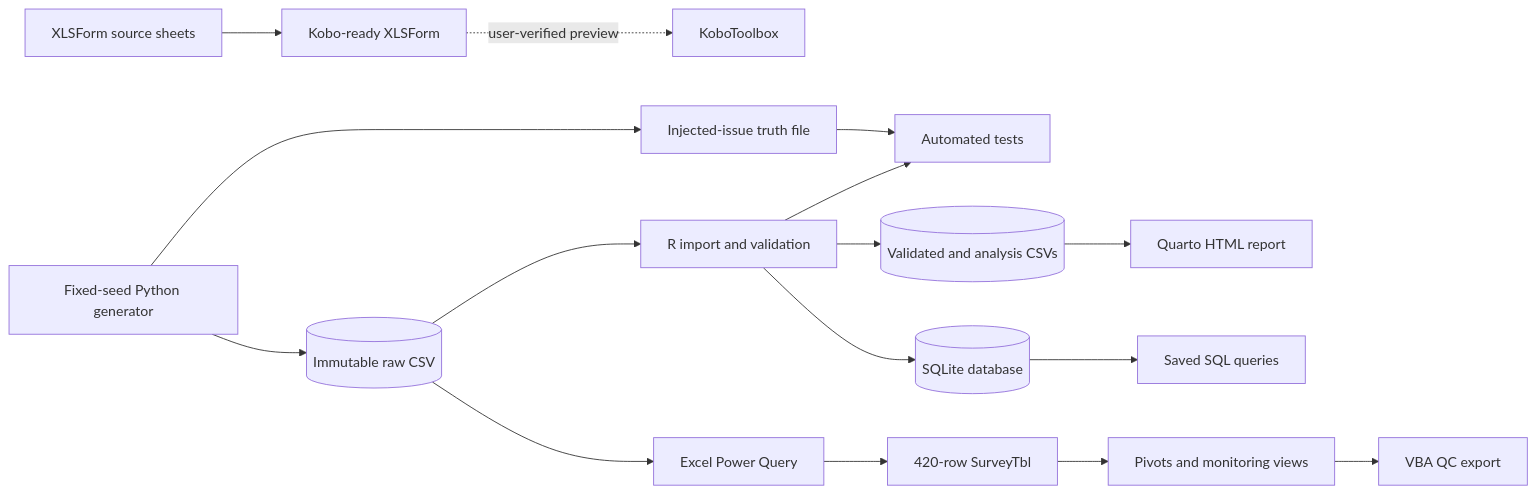
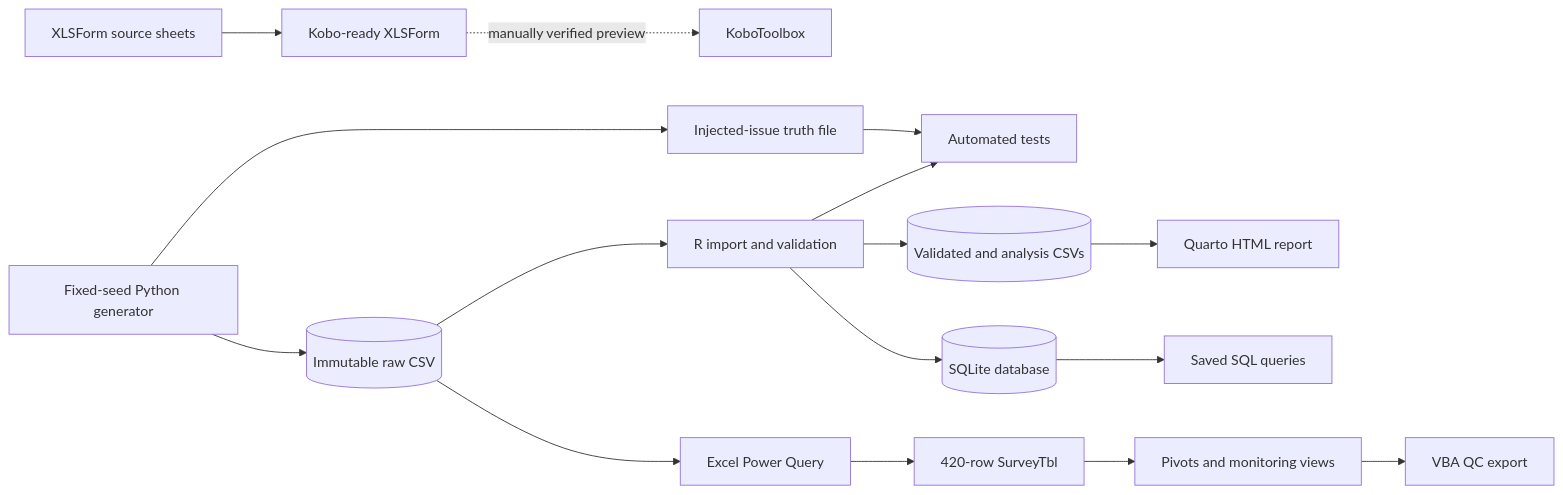
The diagram in README.md (MadniAbdulWahab/impact-survey-data-quality-toolkit), drawn with Mermaid before and after one commit. The commit also changed other lines of this file and 5 other files, not shown here.

````diff
--- a/README.md
+++ b/README.md
@@ -59,21 +58,21 @@
 ```mermaid
 flowchart LR
     A[XLSForm source sheets] --> B[Kobo-ready XLSForm]
-    B -. user-verified preview .-> C[KoboToolbox]
+    B -. manually verified preview .-> C[KoboToolbox]
 
     D[Fixed-seed Python generator] --> E[(Immutable raw CSV)]
     D --> F[Injected-issue truth file]
 
     E --> G[R import and validation]
     F --> H[Automated tests]
     G --> H
     G --> I[(Validated and analysis CSVs)]
     G --> J[(SQLite database)]
     I --> K[Quarto HTML report]
     J --> L[Saved SQL queries]
 
     E --> M[Excel Power Query]
     M --> N[420-row SurveyTbl]
     N --> O[Pivots and monitoring views]
     O --> P[VBA QC export]
 ```
````
